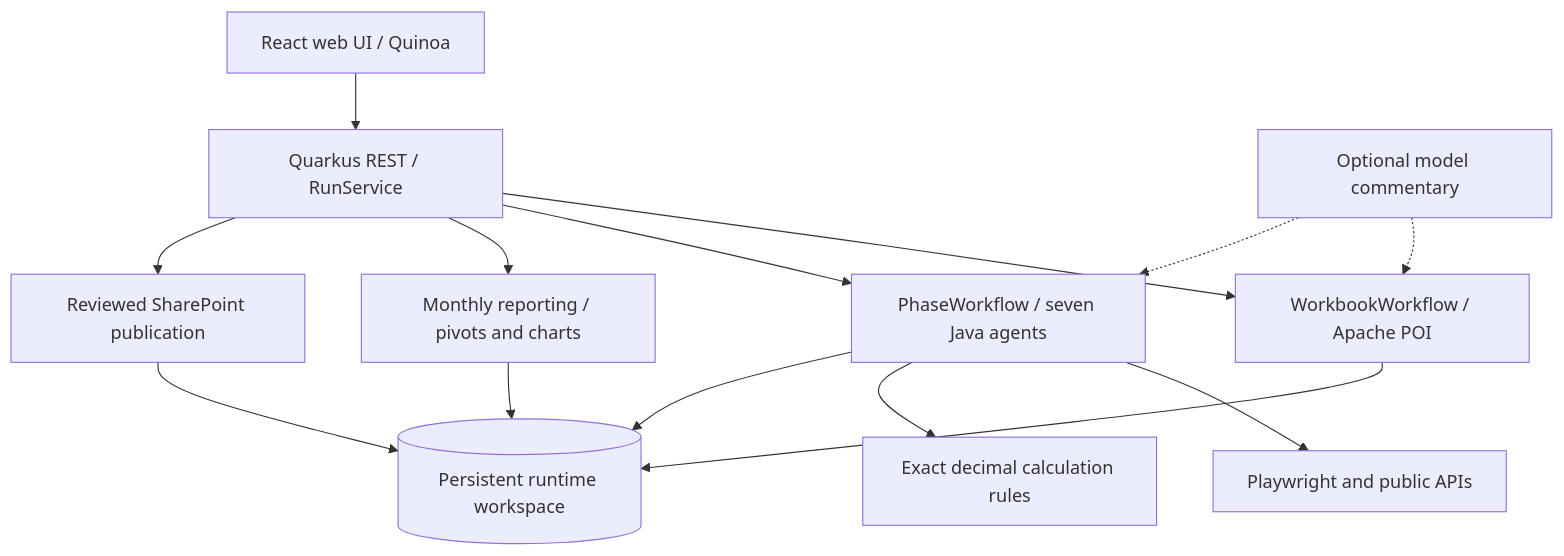
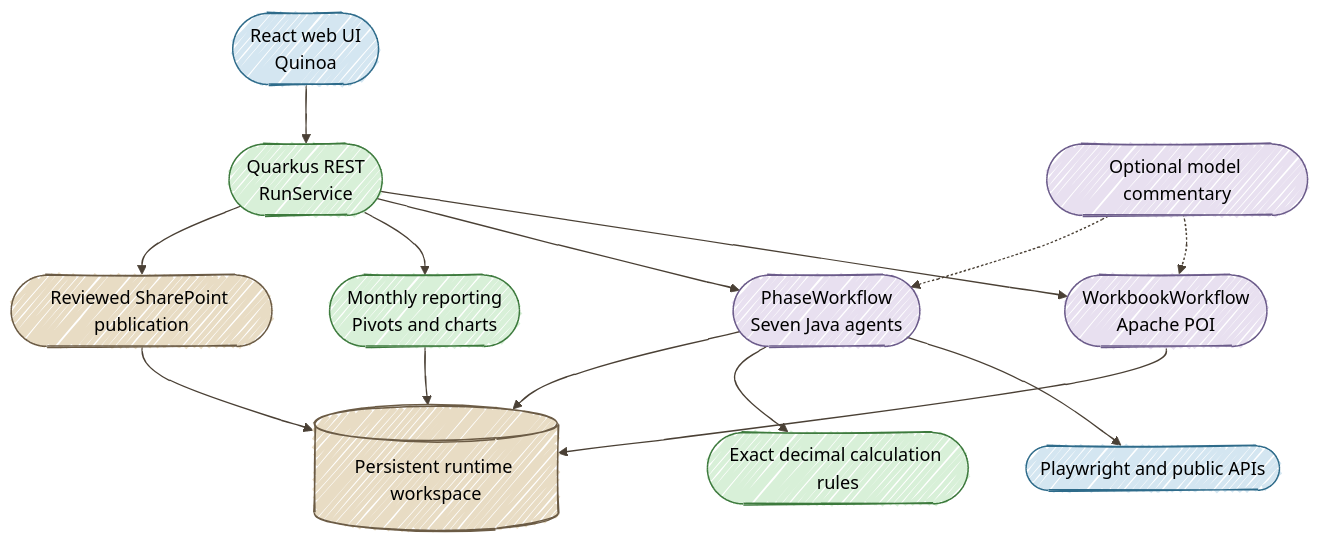
One commit to danieloh30/impact-metrics-appdev changed the diagram in docs/site/operate/architecture.md. Above: the diagram before and after it, drawn with Mermaid. The commit also changed 8 other files, not shown here.

Commit message:
Apply hand-drawn Mermaid style and document dev.sh startup

````diff
--- a/docs/site/operate/architecture.md
+++ b/docs/site/operate/architecture.md
@@ -5,16 +5,29 @@
 ```mermaid
+%%{init: {'look':'handDrawn','theme':'neutral','themeVariables': {'lineColor':'#4A4035'}}}%%
 flowchart TD
-  UI[React web UI / Quinoa] --> API[Quarkus REST / RunService]
-  API --> PREP[WorkbookWorkflow / Apache POI]
-  API --> AGENTS[PhaseWorkflow / seven Java agents]
-  AGENTS --> COLLECT[Playwright and public APIs]
-  AGENTS --> MATH[Exact decimal calculation rules]
-  API --> REPORT[Monthly reporting / pivots and charts]
-  API --> PUBLISH[Reviewed SharePoint publication]
+  UI([React web UI<br/>Quinoa]) --> API([Quarkus REST<br/>RunService])
+  API --> PREP([WorkbookWorkflow<br/>Apache POI])
+  API --> AGENTS([PhaseWorkflow<br/>Seven Java agents])
+  AGENTS --> COLLECT([Playwright and public APIs])
+  AGENTS --> MATH([Exact decimal calculation rules])
+  API --> REPORT([Monthly reporting<br/>Pivots and charts])
+  API --> PUBLISH([Reviewed SharePoint publication])
   PREP --> STATE[(Persistent runtime workspace)]
   AGENTS --> STATE
   REPORT --> STATE
   PUBLISH --> STATE
-  REVIEW[Optional model commentary] -.-> PREP
+  REVIEW([Optional model commentary]) -.-> PREP
   REVIEW -.-> AGENTS
+
+  style UI fill:#D4E6F1,stroke:#2E6B8A
+  style API fill:#D8F0D8,stroke:#3D7A3D
+  style PREP fill:#E8E0F0,stroke:#6B5B8A
+  style AGENTS fill:#E8E0F0,stroke:#6B5B8A
+  style COLLECT fill:#D4E6F1,stroke:#2E6B8A
+  style MATH fill:#D8F0D8,stroke:#3D7A3D
+  style REPORT fill:#D8F0D8,stroke:#3D7A3D
+  style PUBLISH fill:#E8DCC4,stroke:#6B5B45
+  style STATE fill:#E8DCC4,stroke:#6B5B45
+  style REVIEW fill:#E8E0F0,stroke:#6B5B8A
+  linkStyle default stroke:#4A4035
 ```
````
